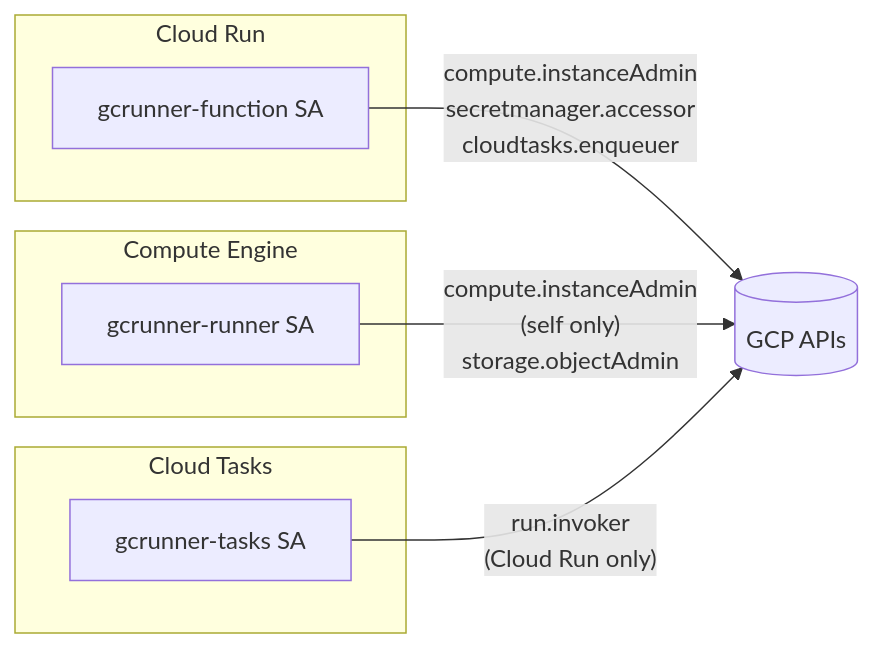
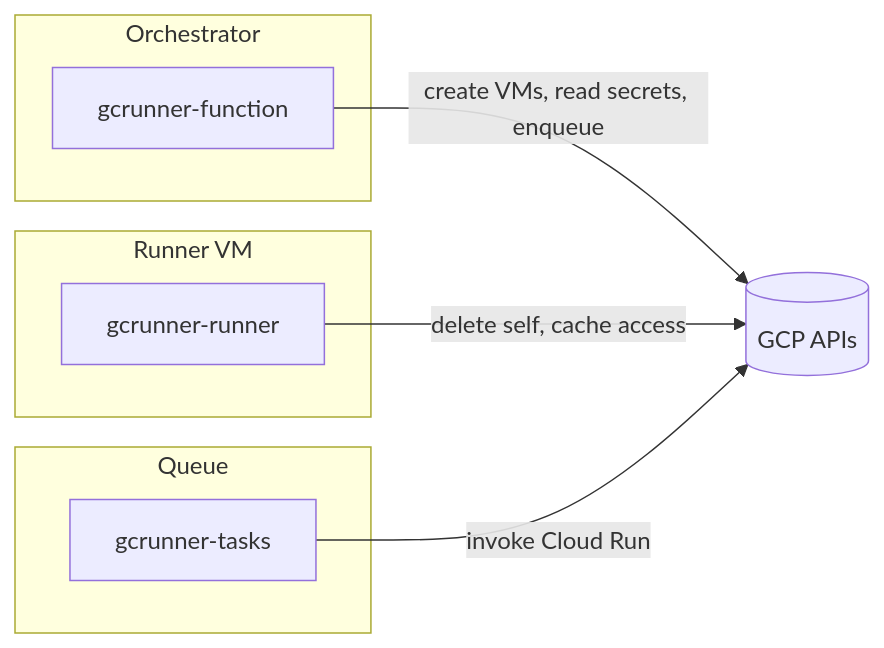
Before and after one commit to CamdenClark/gcrunner: the third of 5 diagrams in website/content/docs/architecture.md, drawn with Mermaid. The commit also changed other lines of this file, not shown here.

Commit message:
Fix mermaid diagrams: remove \n, simplify labels

````diff
--- a/website/content/docs/architecture.md
+++ b/website/content/docs/architecture.md
@@ -111,18 +108,18 @@
 ```mermaid
 graph LR
-    subgraph Cloud Run
-        SVCFN[gcrunner-function SA]
+    subgraph Orchestrator
+        SVCFN[gcrunner-function]
     end
 
-    subgraph Compute Engine
-        SVCRUN[gcrunner-runner SA]
+    subgraph Runner VM
+        SVCRUN[gcrunner-runner]
     end
 
-    subgraph Cloud Tasks
-        SVCTASK[gcrunner-tasks SA]
+    subgraph Queue
+        SVCTASK[gcrunner-tasks]
     end
 
-    SVCFN -- "compute.instanceAdmin\nsecretmanager.accessor\ncloudtasks.enqueuer" --> GCP[(GCP APIs)]
-    SVCRUN -- "compute.instanceAdmin\n(self only)\nstorage.objectAdmin" --> GCP
-    SVCTASK -- "run.invoker\n(Cloud Run only)" --> GCP
+    SVCFN -- "create VMs, read secrets, enqueue" --> GCP[(GCP APIs)]
+    SVCRUN -- "delete self, cache access" --> GCP
+    SVCTASK -- "invoke Cloud Run" --> GCP
 ```
````
